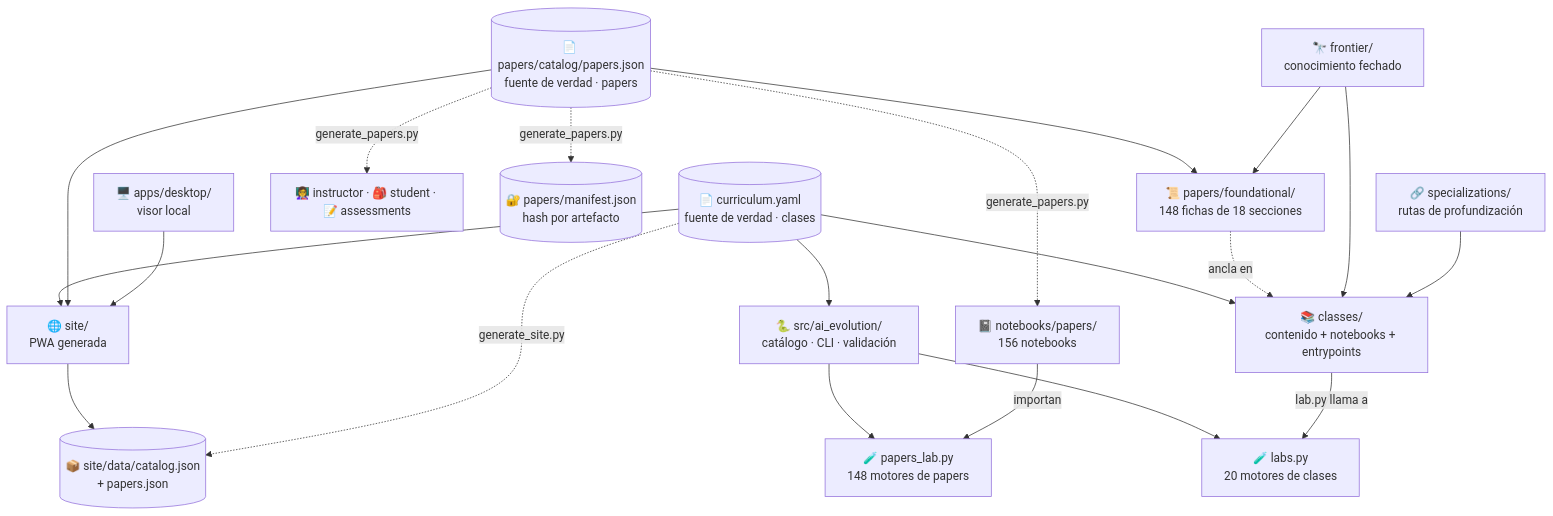
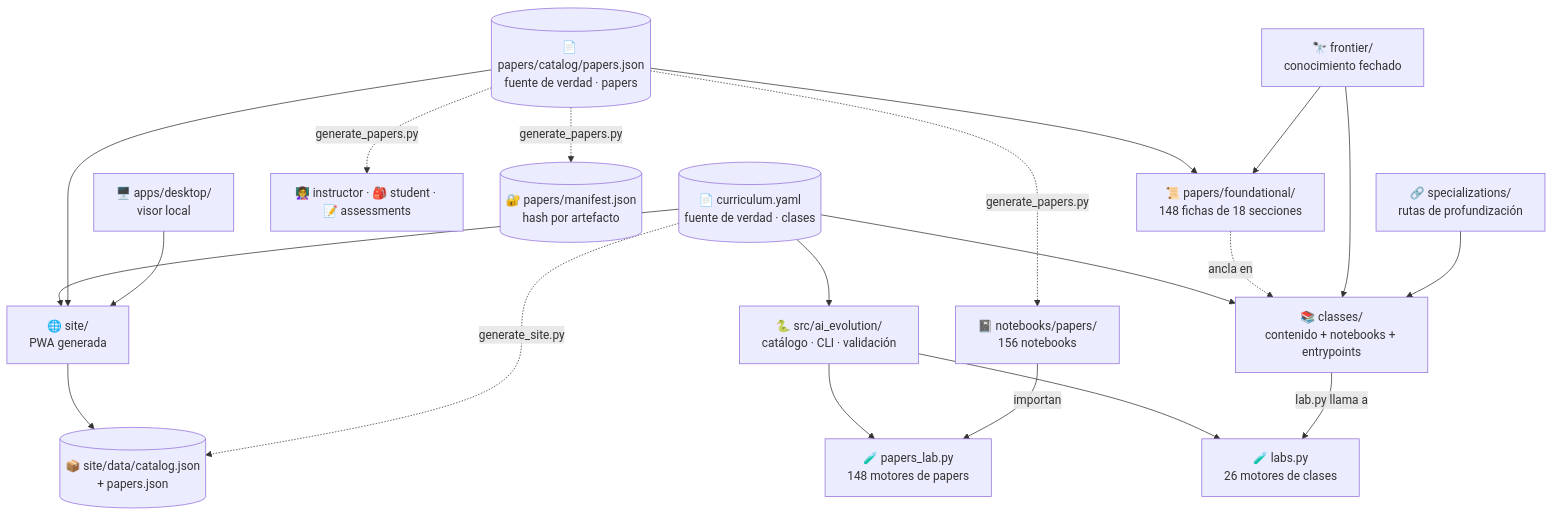
Before and after one commit to vladimiracunadev-create/artificial-intelligence-evolution-program: the diagram in docs/ARCHITECTURE.md, drawn with Mermaid. The commit also changed other lines of this file and 65 other files, not shown here.

````diff
--- a/docs/ARCHITECTURE.md
+++ b/docs/ARCHITECTURE.md
@@ -9,24 +9,24 @@
 ```mermaid
 flowchart TD
     CUR[("📄 curriculum.yaml<br/>fuente de verdad · clases")] --> CLASSES["📚 classes/<br/>contenido + notebooks + entrypoints"]
     CUR --> SRC["🐍 src/ai_evolution/<br/>catálogo · CLI · validación"]
     CUR --> SITE["🌐 site/<br/>PWA generada"]
-    SRC --> LABS["🧪 labs.py<br/>20 motores de clases"]
+    SRC --> LABS["🧪 labs.py<br/>26 motores de clases"]
     CLASSES -->|"lab.py llama a"| LABS
 
     PAP[("📄 papers/catalog/papers.json<br/>fuente de verdad · papers")] --> FICHAS["📜 papers/foundational/<br/>148 fichas de 18 secciones"]
     PAP -.->|"generate_papers.py"| NB["📓 notebooks/papers/<br/>156 notebooks"]
     PAP -.->|"generate_papers.py"| AULA["👩‍🏫 instructor · 🎒 student · 📝 assessments"]
     PAP -.->|"generate_papers.py"| MAN[("🔐 papers/manifest.json<br/>hash por artefacto")]
     PAP --> SITE
     SRC --> PLABS["🧪 papers_lab.py<br/>148 motores de papers"]
     NB -->|"importan"| PLABS
     FICHAS -.->|"ancla en"| CLASSES
 
     SITE --> CATALOG[("📦 site/data/catalog.json<br/>+ papers.json")]
     CUR -.->|"generate_site.py"| CATALOG
     DESK["🖥️ apps/desktop/<br/>visor local"] --> SITE
     FRONT["🔭 frontier/<br/>conocimiento fechado"] --> CLASSES
     FRONT --> FICHAS
     SPEC["🔗 specializations/<br/>rutas de profundización"] --> CLASSES
 ```
````
